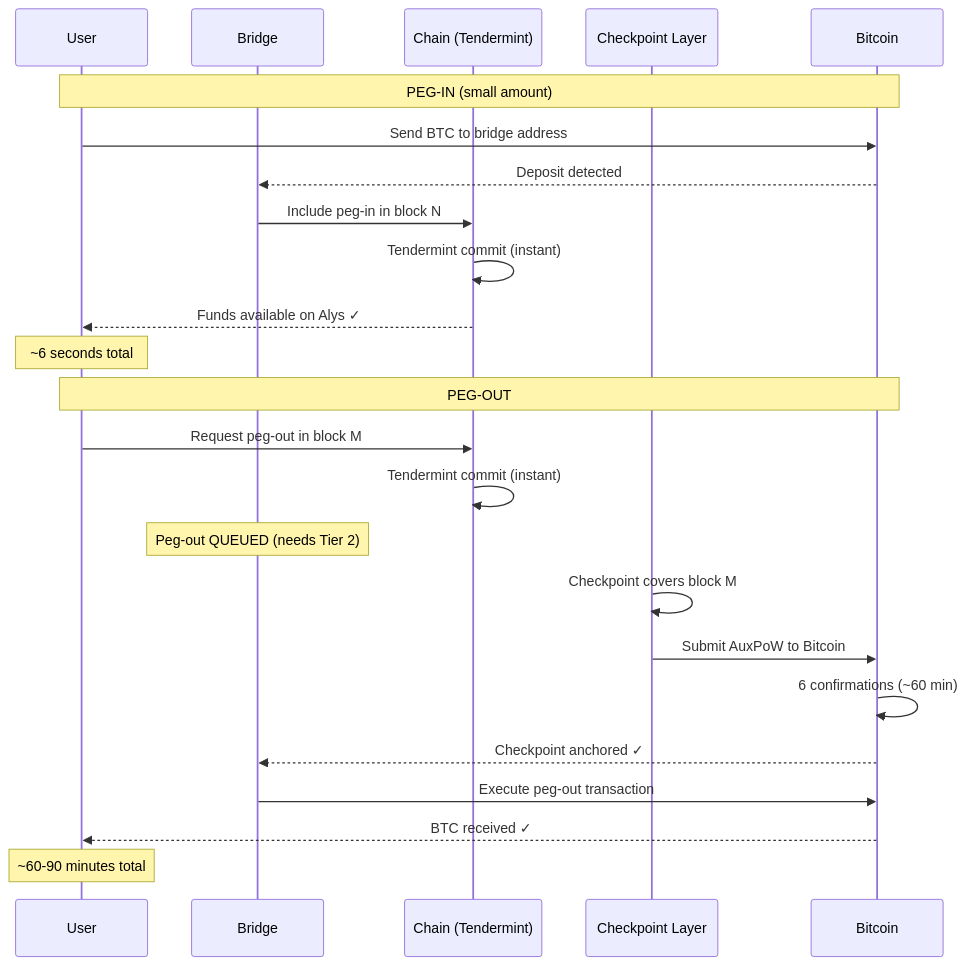
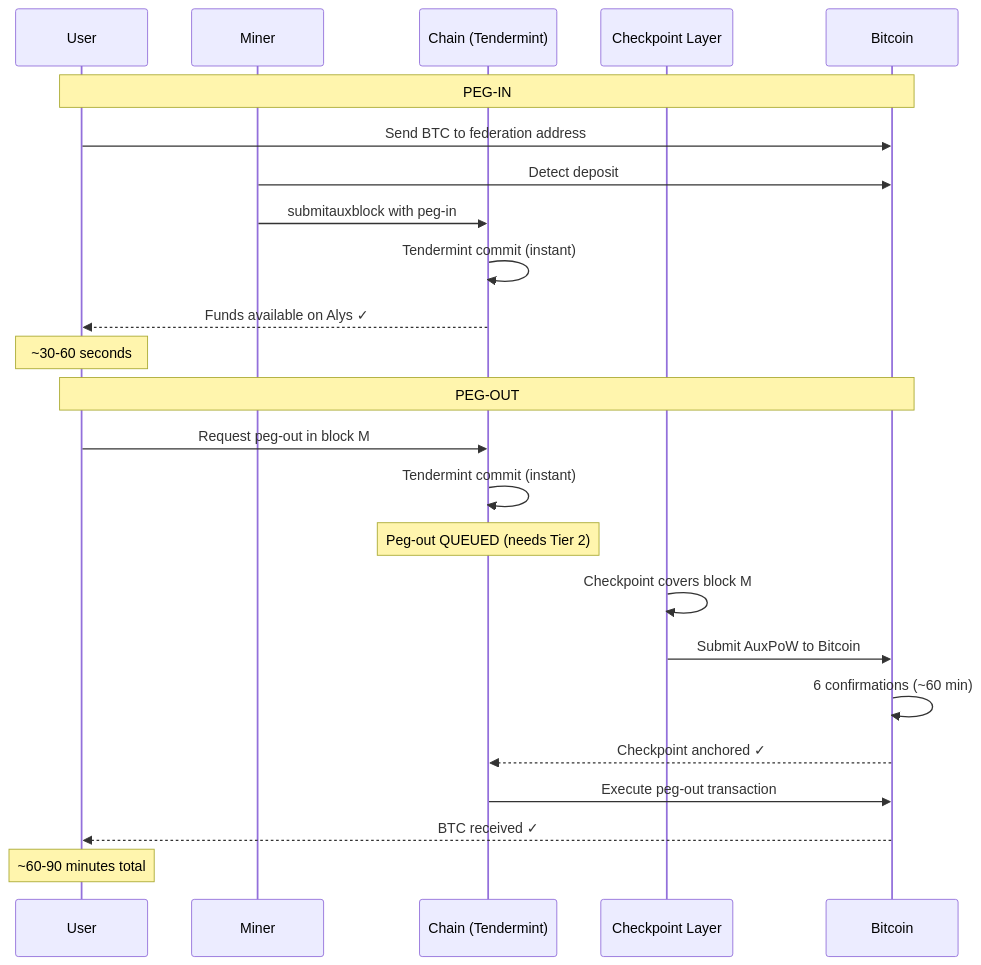
The eighth of 8 diagrams in docs/v2_alpha/tendermint_implementation/16_AUXPOW_TENDERMINT_INTEGRATION.md (AnduroProject/alys), drawn with Mermaid before and after one commit. The commit also changed other lines of this file and 4 other files, not shown here.

First line of the commit message:
feat(docs): add governance parameters framework and miner peg-in compensation

````diff
--- a/docs/v2_alpha/tendermint_implementation/16_AUXPOW_TENDERMINT_INTEGRATION.md
+++ b/docs/v2_alpha/tendermint_implementation/16_AUXPOW_TENDERMINT_INTEGRATION.md
@@ -863,30 +910,30 @@
 ```mermaid
 sequenceDiagram
     participant U as User
-    participant B as Bridge
+    participant M as Miner
     participant C as Chain (Tendermint)
     participant CP as Checkpoint Layer
     participant BTC as Bitcoin
 
-    Note over U,BTC: PEG-IN (small amount)
-    U->>BTC: Send BTC to bridge address
-    BTC-->>B: Deposit detected
-    B->>C: Include peg-in in block N
+    Note over U,BTC: PEG-IN
+    U->>BTC: Send BTC to federation address
+    M->>BTC: Detect deposit
+    M->>C: submitauxblock with peg-in
     C->>C: Tendermint commit (instant)
     C-->>U: Funds available on Alys ✓
-    Note over U: ~6 seconds total
+    Note over U: ~30-60 seconds
 
     Note over U,BTC: PEG-OUT
     U->>C: Request peg-out in block M
     C->>C: Tendermint commit (instant)
-    Note over B: Peg-out QUEUED (needs Tier 2)
+    Note over C: Peg-out QUEUED (needs Tier 2)
 
     CP->>CP: Checkpoint covers block M
     CP->>BTC: Submit AuxPoW to Bitcoin
     BTC->>BTC: 6 confirmations (~60 min)
-    BTC-->>B: Checkpoint anchored ✓
+    BTC-->>C: Checkpoint anchored ✓
 
-    B->>BTC: Execute peg-out transaction
+    C->>BTC: Execute peg-out transaction
     BTC-->>U: BTC received ✓
     Note over U: ~60-90 minutes total
 ```
````
